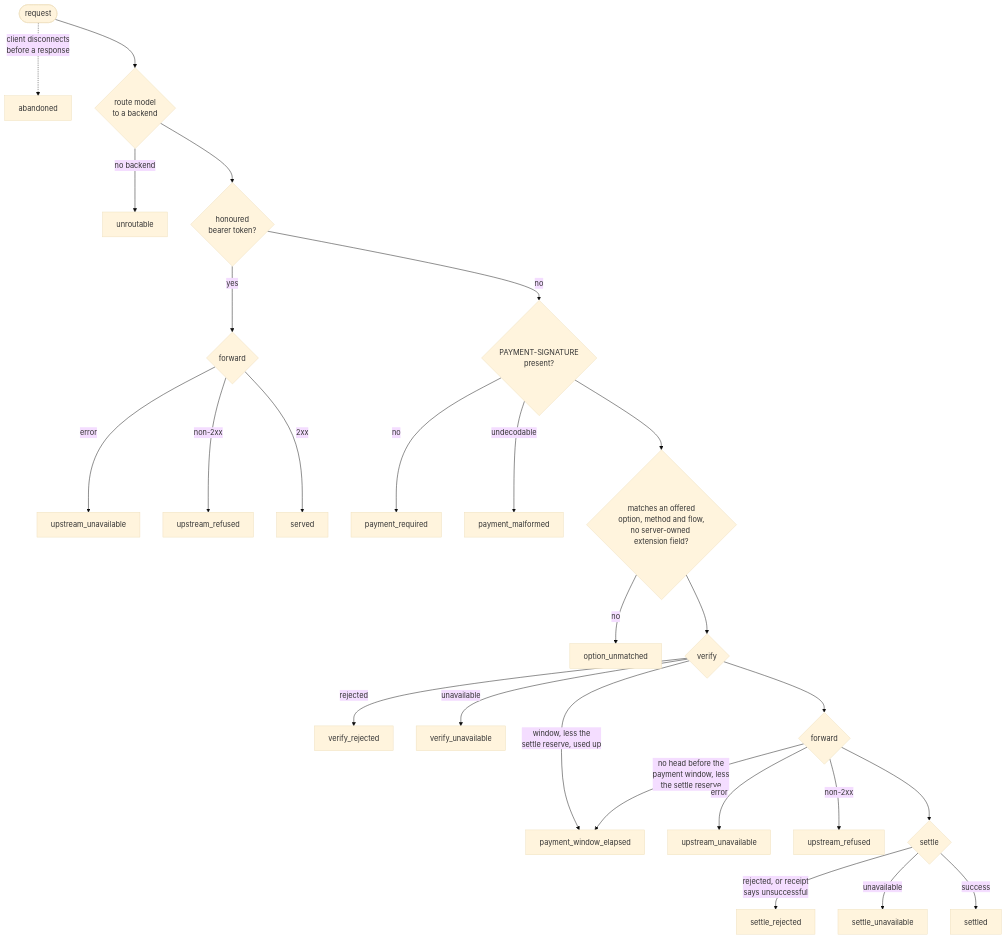
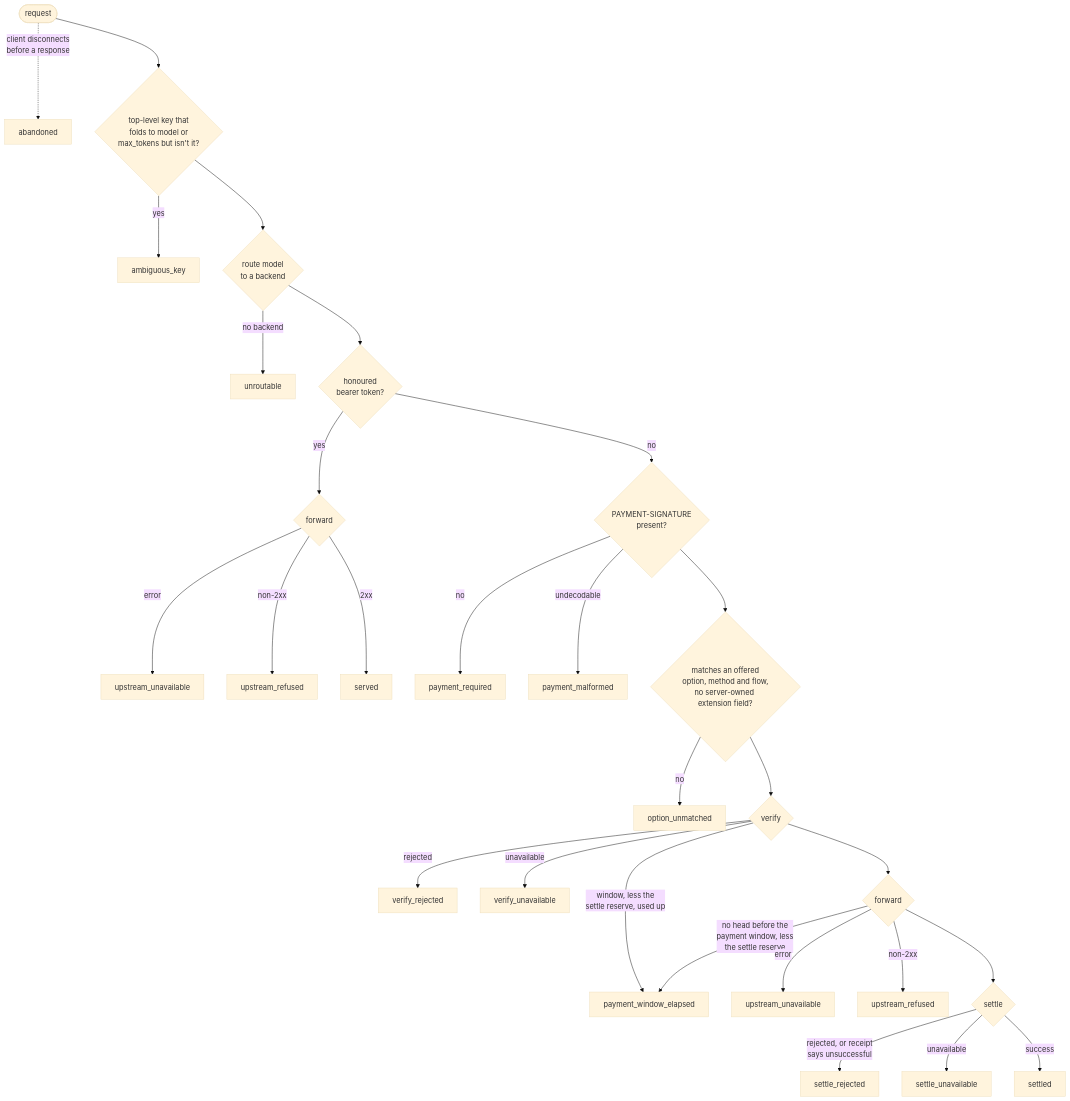
The diagram in docs/telemetry.md (geekinasuit/obolus), drawn with Mermaid (base theme) before and after one commit. The commit also changed other lines of this file and 5 other files, not shown here.

First line of the commit message:
Refuse case-variant model and max_tokens keys before routing (#123)

````diff
--- a/docs/telemetry.md
+++ b/docs/telemetry.md
@@ -75,28 +75,30 @@
 ```mermaid
 flowchart TB
   req(["request"]) -.->|"client disconnects<br/>before a response"| abandoned["abandoned"]
-  req --> route{"route model<br/>to a backend"}
+  req --> keys{"top-level key that<br/>folds to model or<br/>max_tokens but isn't it?"}
+  keys -->|"yes"| ambiguous["ambiguous_key"]
+  keys --> route{"route model<br/>to a backend"}
   route -->|"no backend"| unroutable["unroutable"]
   route --> token{"honoured<br/>bearer token?"}
   token -->|"yes"| tfwd{"forward"}
   tfwd -->|"error"| t_unavail["upstream_unavailable"]
   tfwd -->|"non-2xx"| t_refused["upstream_refused"]
   tfwd -->|"2xx"| served["served"]
   token -->|"no"| hdr{"PAYMENT-SIGNATURE<br/>present?"}
   hdr -->|"no"| required["payment_required"]
   hdr -->|"undecodable"| malformed["payment_malformed"]
   hdr --> match{"matches an offered<br/>option, method and flow,<br/>no server-owned extension field?"}
   match -->|"no"| unmatched["option_unmatched"]
   match --> verify{"verify"}
   verify -->|"rejected"| v_rej["verify_rejected"]
   verify -->|"unavailable"| v_unavail["verify_unavailable"]
   verify -->|"window, less the<br/>settle reserve, used up"| w_elapsed["payment_window_elapsed"]
   verify --> fwd{"forward"}
   fwd -->|"no head before the<br/>payment window, less<br/>the settle reserve"| w_elapsed
   fwd -->|"error"| u_unavail["upstream_unavailable"]
   fwd -->|"non-2xx"| u_refused["upstream_refused"]
   fwd --> settle{"settle"}
   settle -->|"rejected, or receipt<br/>says unsuccessful"| s_rej["settle_rejected"]
   settle -->|"unavailable"| s_unavail["settle_unavailable"]
   settle -->|"success"| settled["settled"]
 ```
````
